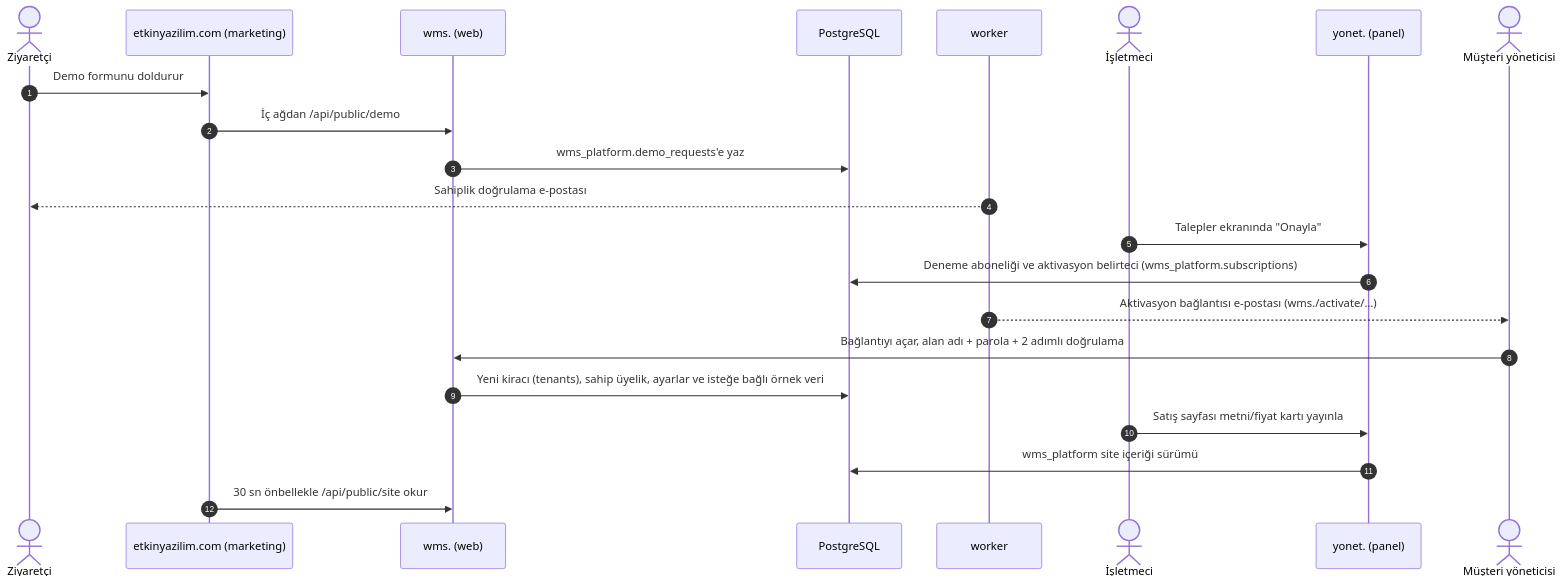
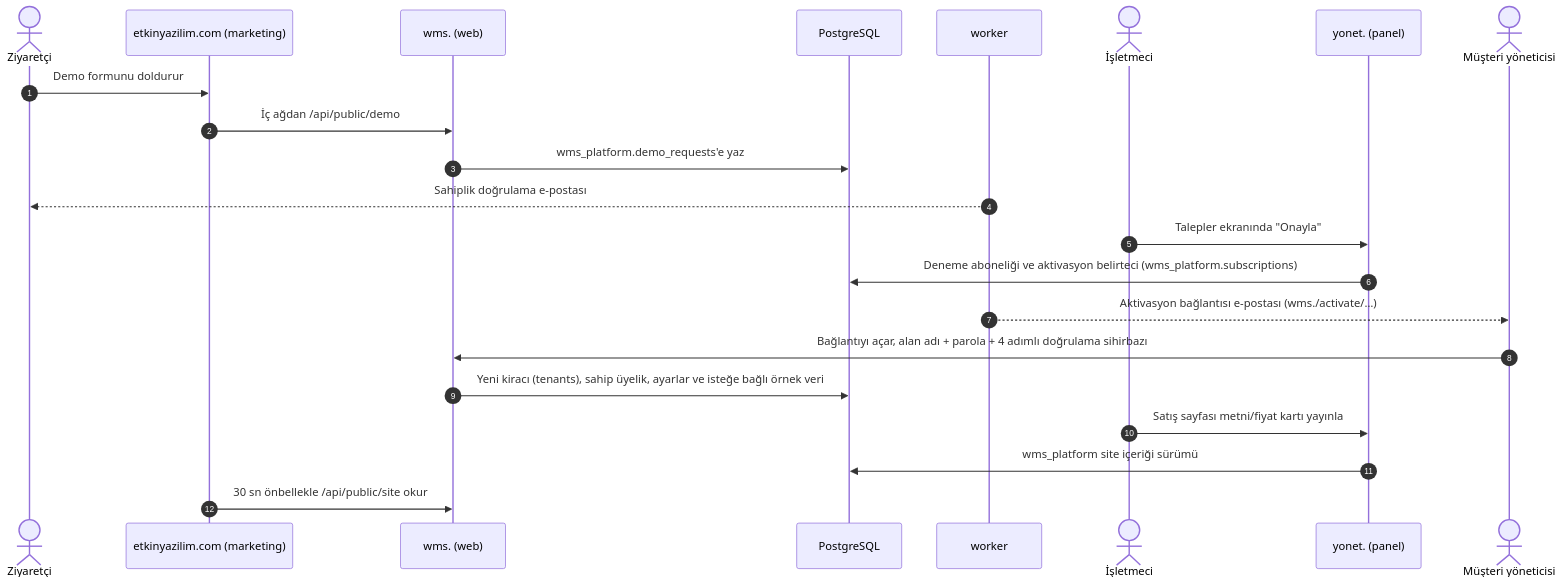
The second of 4 diagrams in docs/fonksiyonel-mimari/01-genel-mimari.md (shosgoren/EtkinWMS), drawn with Mermaid before and after one commit. The commit also changed other lines of this file and 10 other files, not shown here.

````diff
--- a/docs/fonksiyonel-mimari/01-genel-mimari.md
+++ b/docs/fonksiyonel-mimari/01-genel-mimari.md
@@ -81,25 +84,25 @@
 ```mermaid
 sequenceDiagram
   autonumber
   actor Ziyaretci as Ziyaretçi
   participant Site as etkinyazilim.com (marketing)
   participant Web as wms. (web)
   participant DB as PostgreSQL
   participant Worker as worker
   actor Isletmeci as İşletmeci
   participant Panel as yonet. (panel)
   actor Musteri as Müşteri yöneticisi
 
   Ziyaretci->>Site: Demo formunu doldurur
   Site->>Web: İç ağdan /api/public/demo
   Web->>DB: wms_platform.demo_requests'e yaz
   Worker-->>Ziyaretci: Sahiplik doğrulama e-postası
   Isletmeci->>Panel: Talepler ekranında "Onayla"
   Panel->>DB: Deneme aboneliği ve aktivasyon belirteci (wms_platform.subscriptions)
   Worker-->>Musteri: Aktivasyon bağlantısı e-postası (wms./activate/…)
-  Musteri->>Web: Bağlantıyı açar, alan adı + parola + 2 adımlı doğrulama
+  Musteri->>Web: Bağlantıyı açar, alan adı + parola + 4 adımlı doğrulama sihirbazı
   Web->>DB: Yeni kiracı (tenants), sahip üyelik, ayarlar ve isteğe bağlı örnek veri
   Isletmeci->>Panel: Satış sayfası metni/fiyat kartı yayınla
   Panel->>DB: wms_platform site içeriği sürümü
   Site->>Web: 30 sn önbellekle /api/public/site okur
 ```
````
